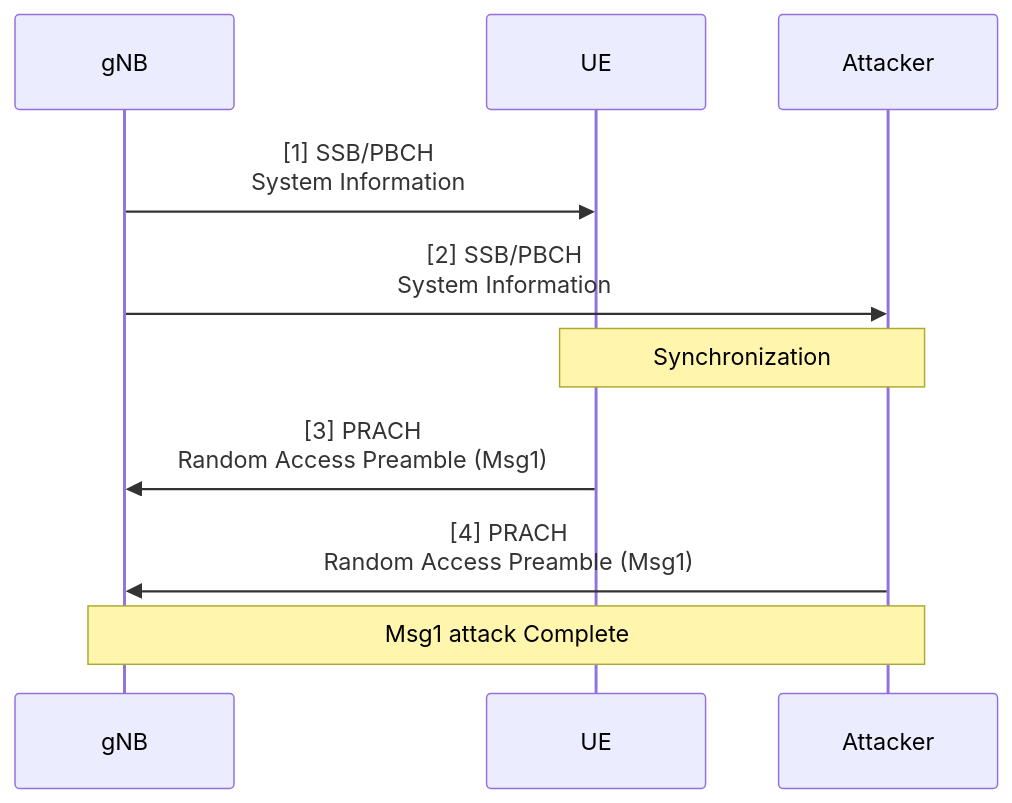
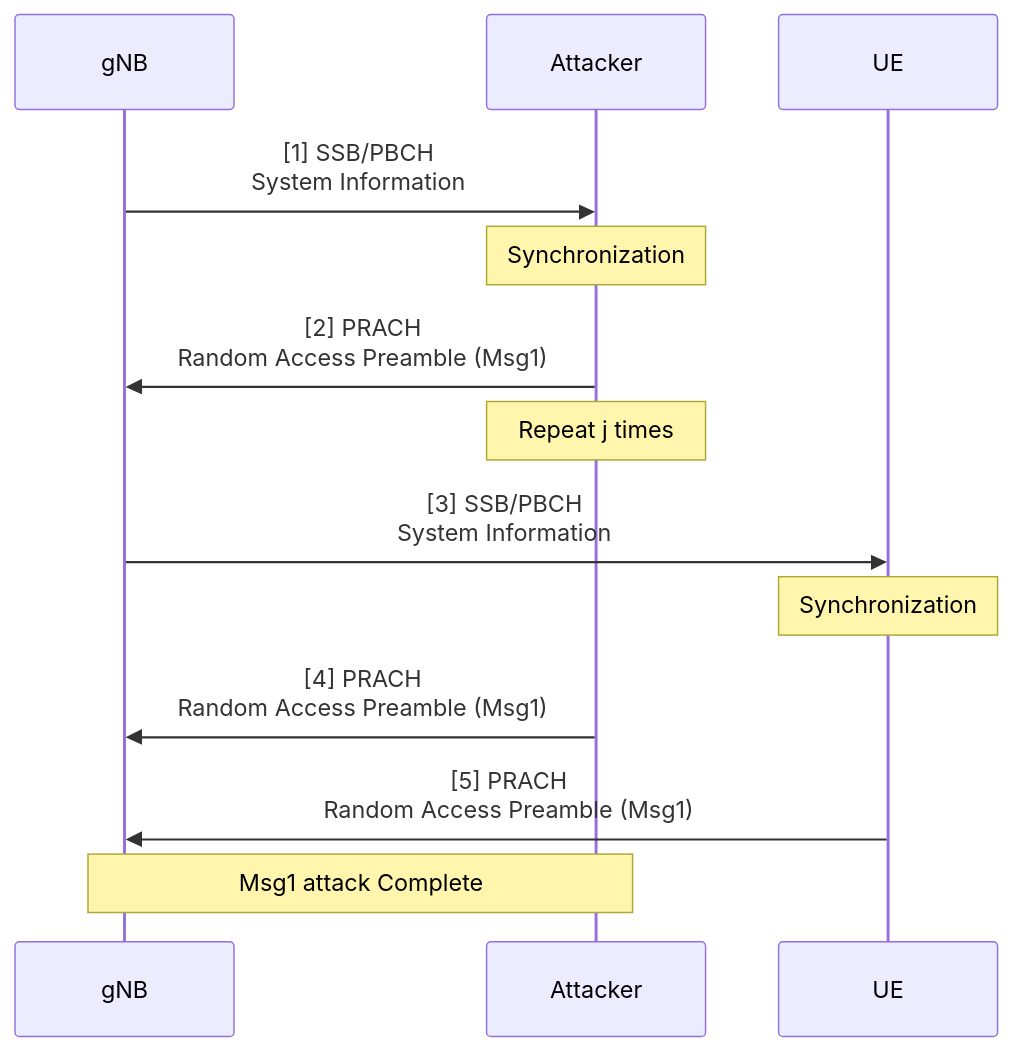
One commit to bmw-ece-ntust/wilfrid-prach-attack-analysis changed the first of 7 diagrams in docs/20250310 Thesis (Basic Msg1 Model).md. Above: the diagram before and after it, drawn with Mermaid.

Commit message:
Update 20250310 Thesis (Basic Msg1 Model).md

````diff
--- a/docs/20250310 Thesis (Basic Msg1 Model).md
+++ b/docs/20250310 Thesis (Basic Msg1 Model).md
@@ -48,9 +48,12 @@
 ```mermaid
 sequenceDiagram
-    gNB->>UE: [1] SSB/PBCH<br/>System Information
-    gNB->>Attacker: [2] SSB/PBCH<br/>System Information
-    Note over UE,Attacker: Synchronization
-    UE->>gNB: [3] PRACH<br/>Random Access Preamble (Msg1)
+    gNB->>Attacker: [1] SSB/PBCH<br/>System Information
+    Note over Attacker: Synchronization
+    Attacker->>gNB: [2] PRACH<br/>Random Access Preamble (Msg1)
+    Note over Attacker: Repeat j times
+    gNB->>UE: [3] SSB/PBCH<br/>System Information
+    Note over UE: Synchronization
     Attacker->>gNB: [4] PRACH<br/>Random Access Preamble (Msg1)
+    UE->>gNB: [5] PRACH<br/>Random Access Preamble (Msg1)
     Note over gNB,Attacker: Msg1 attack Complete
 ```
````
